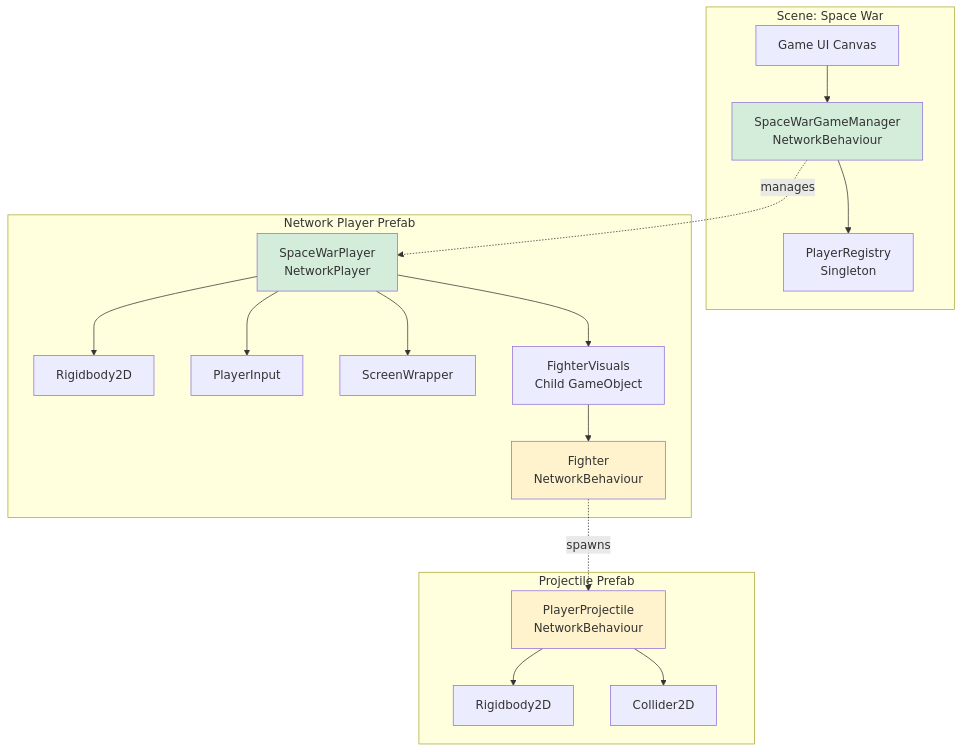
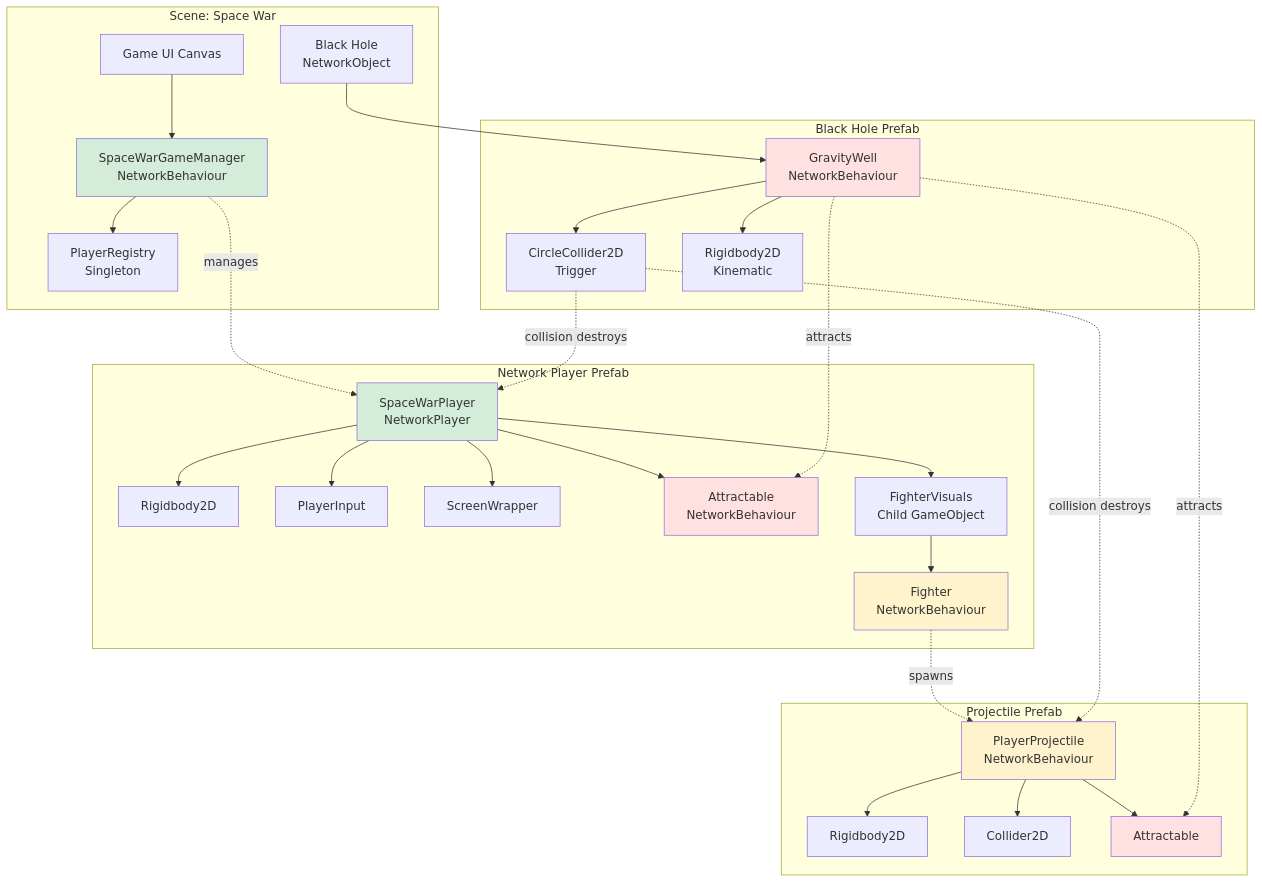
The second of 5 diagrams in Space-War.md (Midnite-Oil-Software-L-L-C/Architecture-Diagrams), drawn with Mermaid before and after one commit. The commit also changed other lines of this file, not shown here.

Commit message:
Add Black Hole environmental hazard and Attractable component for gravity interactions

````diff
--- a/Space-War.md
+++ b/Space-War.md
@@ -104,42 +113,64 @@
 ```mermaid
 graph TD
     subgraph "Scene: Space War"
         GM[SpaceWarGameManager<br/>NetworkBehaviour]
         PR[PlayerRegistry<br/>Singleton]
         Canvas[Game UI Canvas]
+        BH[Black Hole<br/>NetworkObject]
     end
     
     subgraph "Network Player Prefab"
         NP[SpaceWarPlayer<br/>NetworkPlayer]
         RB[Rigidbody2D]
         PI[PlayerInput]
         SW[ScreenWrapper]
+        ATT[Attractable<br/>NetworkBehaviour]
         FV[FighterVisuals<br/>Child GameObject]
         FC[Fighter<br/>NetworkBehaviour]
     end
     
     subgraph "Projectile Prefab"
         PP[PlayerProjectile<br/>NetworkBehaviour]
         PRB[Rigidbody2D]
         PC[Collider2D]
+        PATT[Attractable]
+    end
+    
+    subgraph "Black Hole Prefab"
+        GW[GravityWell<br/>NetworkBehaviour]
+        GWC[CircleCollider2D<br/>Trigger]
+        GWRB[Rigidbody2D<br/>Kinematic]
     end
     
     GM --> PR
     GM -.manages.-> NP
     Canvas --> GM
+    BH --> GW
     
     NP --> RB
     NP --> PI
     NP --> SW
+    NP --> ATT
     NP --> FV
     FV --> FC
     FC -.spawns.-> PP
     
     PP --> PRB
     PP --> PC
+    PP --> PATT
+    
+    GW --> GWC
+    GW --> GWRB
+    GW -.attracts.-> ATT
+    GW -.attracts.-> PATT
+    GWC -.collision destroys.-> NP
+    GWC -.collision destroys.-> PP
     
     style NP fill:#d4edda
     style GM fill:#d4edda
     style FC fill:#fff3cd
     style PP fill:#fff3cd
+    style GW fill:#ffe1e1
+    style ATT fill:#ffe1e1
+    style PATT fill:#ffe1e1
 ```
````
